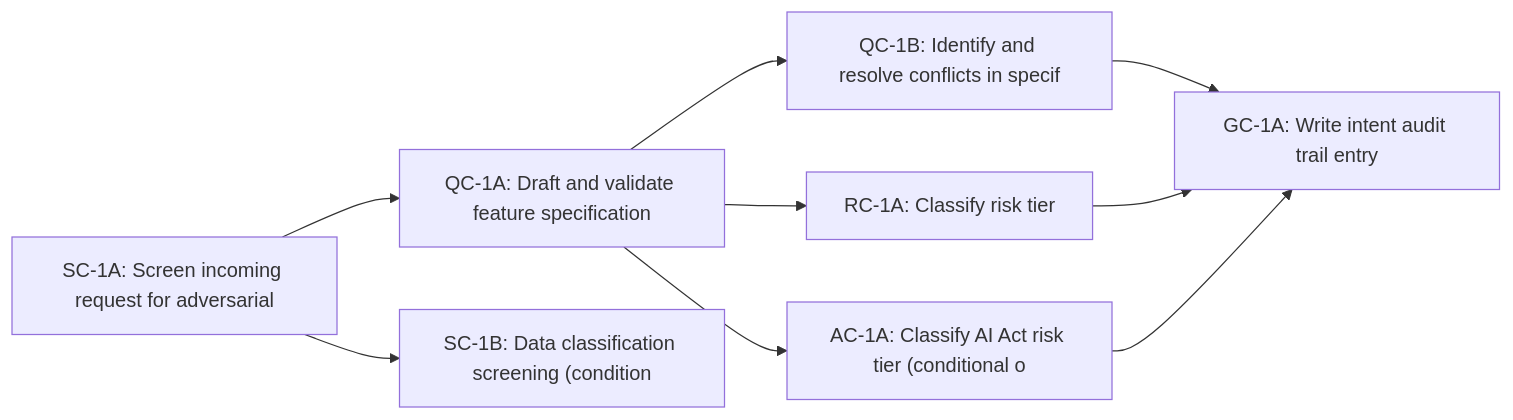
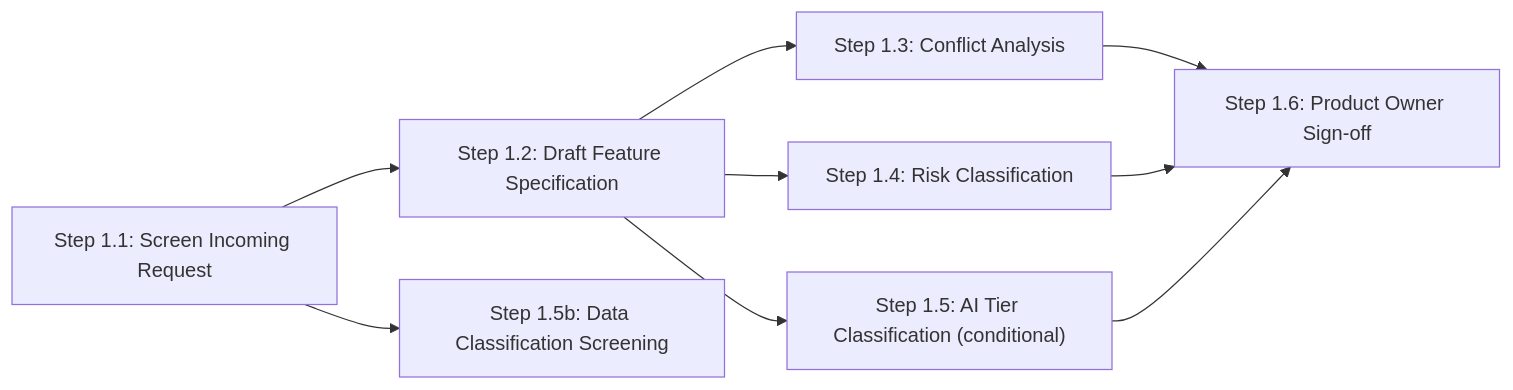
Before and after one commit to jvanheerikhuize/a-sdlc: the diagram in stages/01-intent-ingestion/README.md, drawn with Mermaid. The commit also changed other lines of this file and 18 other files, not shown here.

First line of the commit message:
Base mermaid workflow diagrams on steps instead of controls

````diff
--- a/stages/01-intent-ingestion/README.md
+++ b/stages/01-intent-ingestion/README.md
@@ -45,18 +45,18 @@
 ```mermaid
 graph LR
-  n-sc1a["SC-1A: Screen incoming request for adversarial "]
-  n-qc1a["QC-1A: Draft and validate feature specification"]
-  n-qc1b["QC-1B: Identify and resolve conflicts in specif"]
-  n-rc1a["RC-1A: Classify risk tier"]
-  n-ac1a["AC-1A: Classify AI Act risk tier (conditional o"]
-  n-sc1b["SC-1B: Data classification screening (condition"]
-  n-gc1a["GC-1A: Write intent audit trail entry"]
+  n-sc1a["Step 1.1: Screen Incoming Request"]
+  n-qc1a["Step 1.2: Draft Feature Specification"]
+  n-qc1b["Step 1.3: Conflict Analysis"]
+  n-rc1a["Step 1.4: Risk Classification"]
+  n-ac1a["Step 1.5: AI Tier Classification (conditional)"]
+  n-sc1b["Step 1.5b: Data Classification Screening"]
+  n-gc1a["Step 1.6: Product Owner Sign-off"]
   n-sc1a --> n-qc1a
   n-qc1a --> n-qc1b
   n-qc1a --> n-rc1a
   n-qc1a --> n-ac1a
   n-sc1a --> n-sc1b
   n-qc1b --> n-gc1a
   n-rc1a --> n-gc1a
   n-ac1a --> n-gc1a
 ```
````
